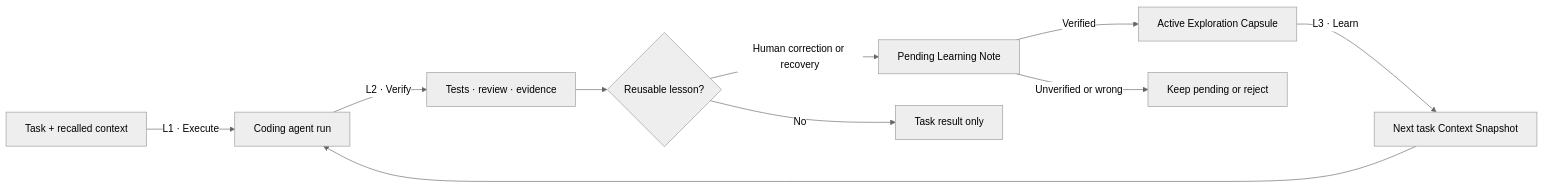
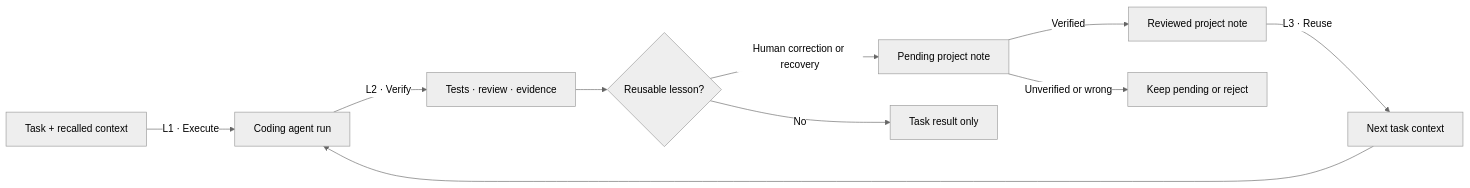
The first of 2 diagrams in README.md (MoonTseng/RunEngram), drawn with Mermaid (neutral theme) before and after one commit. The commit also changed other lines of this file and 1 other file, not shown here.

````diff
--- a/README.md
+++ b/README.md
@@ -51,12 +56,12 @@
 ```mermaid
 flowchart LR
     A["Task + recalled context"] -->|"L1 · Execute"| B["Coding agent run"]
     B -->|"L2 · Verify"| C["Tests · review · evidence"]
     C --> D{"Reusable lesson?"}
-    D -->|"Human correction or recovery"| E["Pending Learning Note"]
+    D -->|"Human correction or recovery"| E["Pending project note"]
     D -->|"No"| H["Task result only"]
-    E -->|"Verified"| F["Active Exploration Capsule"]
+    E -->|"Verified"| F["Reviewed project note"]
     E -->|"Unverified or wrong"| G["Keep pending or reject"]
-    F -->|"L3 · Learn"| I["Next task Context Snapshot"]
+    F -->|"L3 · Reuse"| I["Next task context"]
     I --> B
 ```
````
